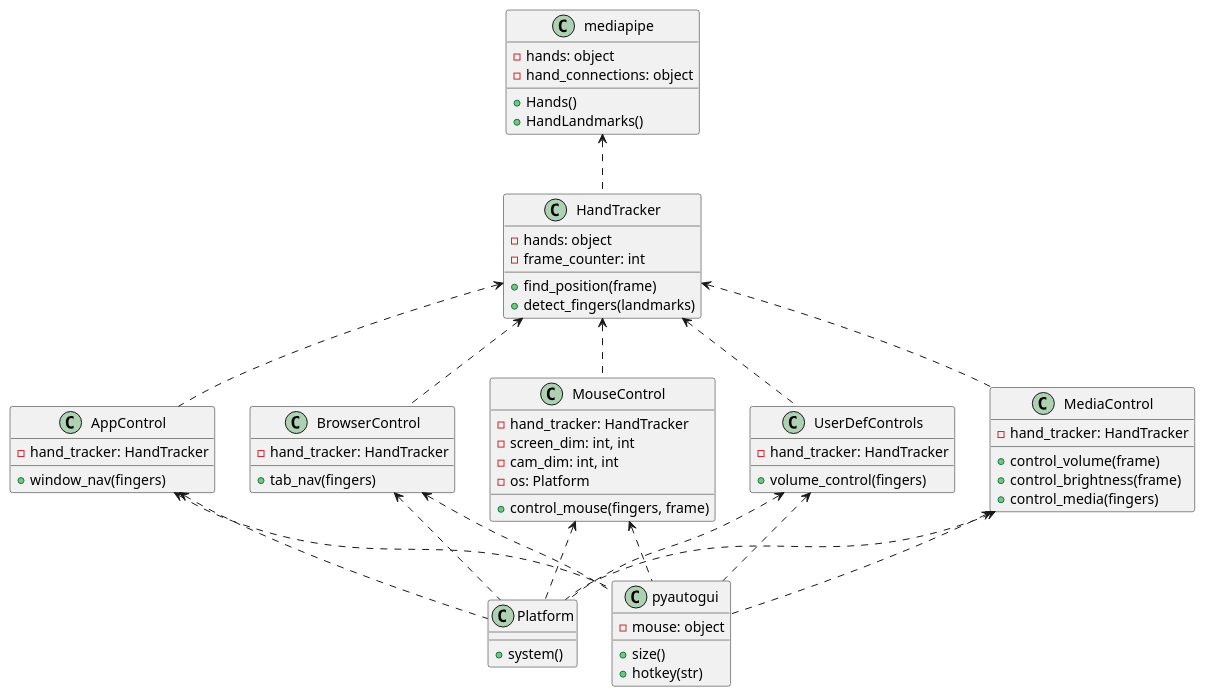
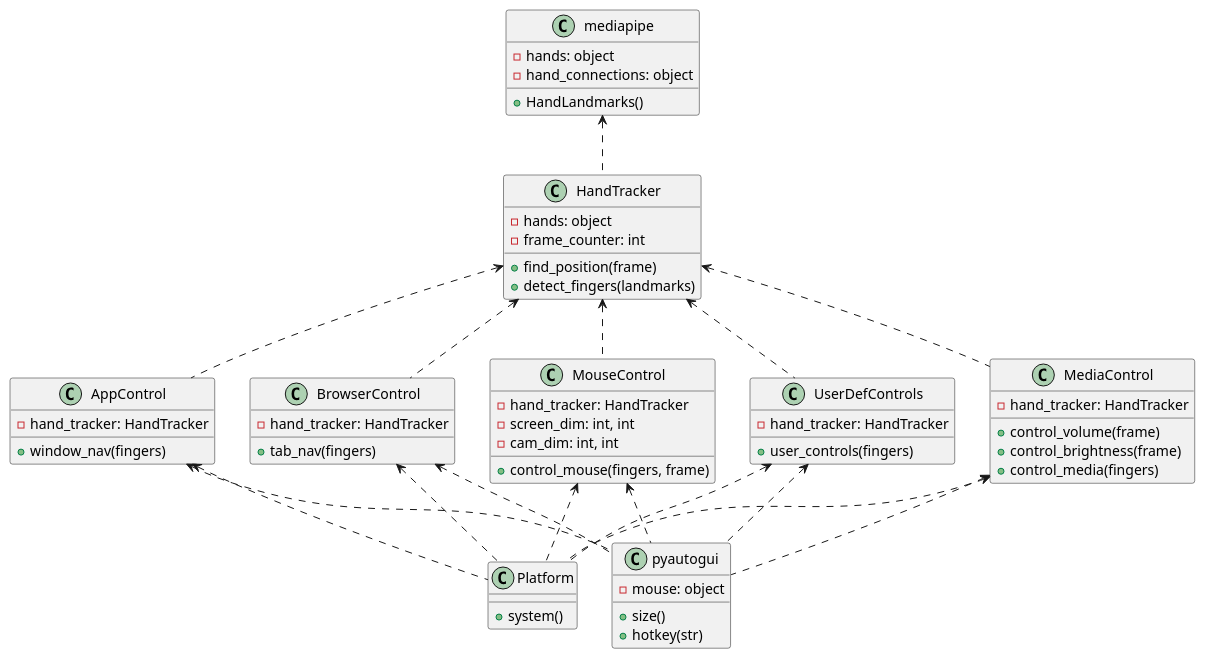
The diagram in uml_diagrams/class.puml (Akshat-vg/Human-Computer-Interaction-using-gestures), drawn with PlantUML before and after one commit.

Commit message:
Refactor class.puml: Remove unused code and update method name

```diff
--- a/uml_diagrams/class.puml
+++ b/uml_diagrams/class.puml
@@ -1,75 +1,73 @@
 @startuml
 
 class HandTracker {
     - hands: object
     - frame_counter: int
     + find_position(frame)
     + detect_fingers(landmarks)
 }
 
 class mediapipe {
     - hands: object
     - hand_connections: object
-    + Hands()
     + HandLandmarks()
 }
 
 
 class MediaControl {
     - hand_tracker: HandTracker
     + control_volume(frame)
     + control_brightness(frame)
     + control_media(fingers)
 }
 
 class AppControl {
     - hand_tracker: HandTracker
     + window_nav(fingers)
 }
 
 class BrowserControl {
     - hand_tracker: HandTracker
     + tab_nav(fingers)
 }
 
 class MouseControl {
     - hand_tracker: HandTracker
     - screen_dim: int, int
     - cam_dim: int, int
-    - os: Platform
     + control_mouse(fingers, frame)
 }
 
 class UserDefControls {
     - hand_tracker: HandTracker
-    + volume_control(fingers)
+    + user_controls(fingers)
 }
 
 class Platform {
     + system()
 }
 
 class pyautogui {
     - mouse: object
     + size()
     + hotkey(str)
 }
 
 HandTracker <.. MediaControl
 HandTracker <.. UserDefControls
 HandTracker <.. AppControl
 HandTracker <.. BrowserControl
 HandTracker <.. MouseControl
 MediaControl <.. Platform
 MediaControl <.. pyautogui
 MouseControl <.. Platform
 MouseControl <.. pyautogui
 AppControl <.. Platform
 AppControl <.. pyautogui
 mediapipe <.. HandTracker
 BrowserControl <.. Platform
 BrowserControl <.. pyautogui
 UserDefControls <.. Platform
 UserDefControls <.. pyautogui
 
 @enduml
```
